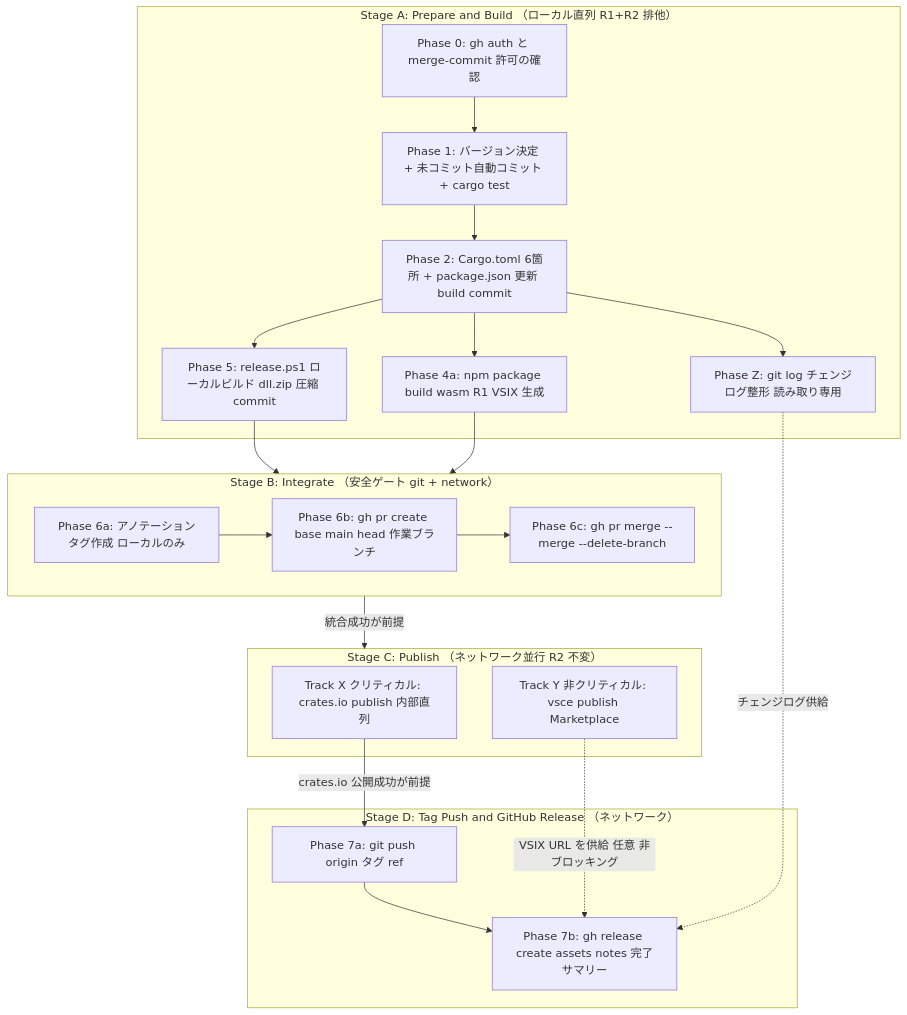
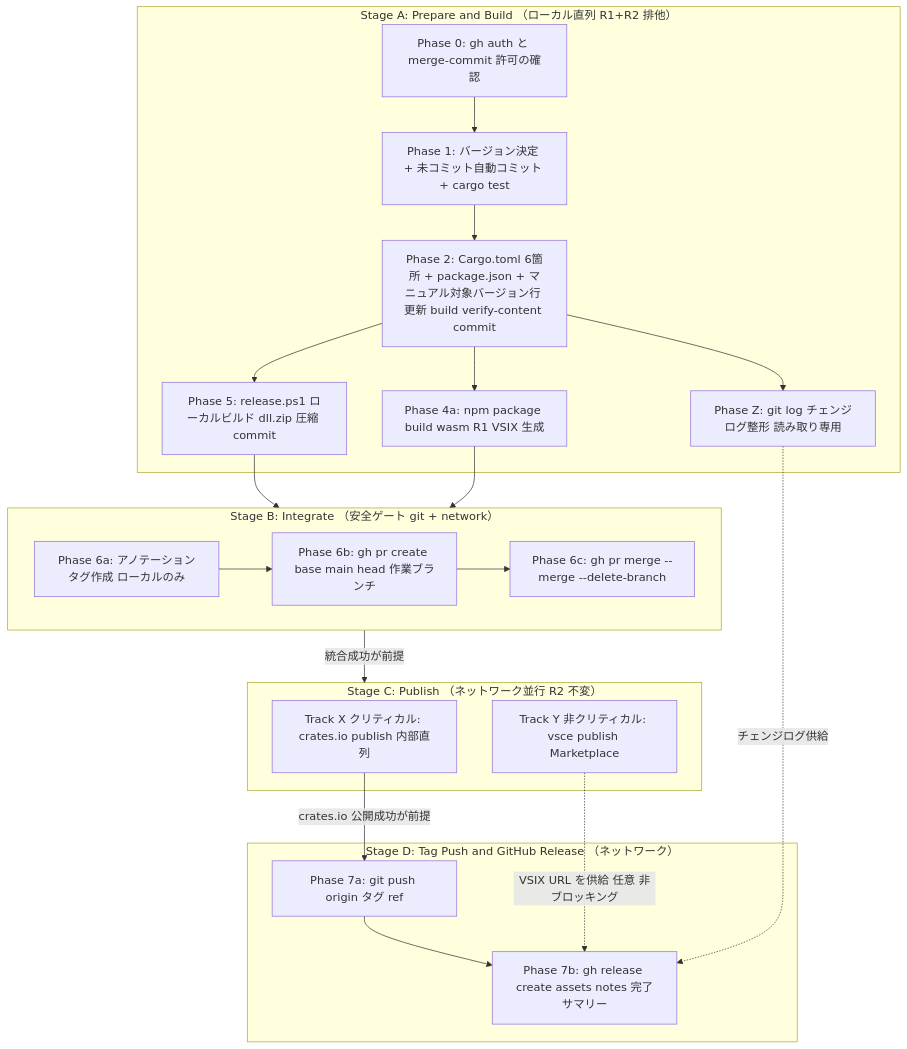
Before and after one commit to ekicyou/pasta: the first of 3 diagrams in .kiro/specs/release-workflow/design.md, drawn with Mermaid. The commit also changed other lines of this file and 6 other files, not shown here.

````diff
--- a/.kiro/specs/release-workflow/design.md
+++ b/.kiro/specs/release-workflow/design.md
@@ -122,40 +127,40 @@
 ```mermaid
 graph TB
     subgraph StageA ["Stage A: Prepare and Build （ローカル直列 R1+R2 排他）"]
         A0[Phase 0: gh auth と merge-commit 許可の確認]
         A1[Phase 1: バージョン決定 + 未コミット自動コミット + cargo test]
-        A2[Phase 2: Cargo.toml 6箇所 + package.json 更新 build commit]
+        A2[Phase 2: Cargo.toml 6箇所 + package.json + マニュアル対象バージョン行 更新 build verify-content commit]
         A3[Phase 5: release.ps1 ローカルビルド dll.zip 圧縮 commit]
         A4[Phase 4a: npm package build wasm R1 VSIX 生成]
         AZ[Phase Z: git log チェンジログ整形 読み取り専用]
         A0 --> A1 --> A2
         A2 --> A3
         A2 --> A4
         A2 --> AZ
     end
 
     subgraph StageB ["Stage B: Integrate （安全ゲート git + network）"]
         B1[Phase 6a: アノテーションタグ作成 ローカルのみ]
         B2[Phase 6b: gh pr create base main head 作業ブランチ]
         B3[Phase 6c: gh pr merge --merge --delete-branch]
         B1 --> B2 --> B3
     end
 
     subgraph StageC ["Stage C: Publish （ネットワーク並行 R2 不変）"]
         CX[Track X クリティカル: crates.io publish 内部直列]
         CY[Track Y 非クリティカル: vsce publish Marketplace]
     end
 
     subgraph StageD ["Stage D: Tag Push and GitHub Release （ネットワーク）"]
         D0[Phase 7a: git push origin タグ ref]
         D1[Phase 7b: gh release create assets notes 完了サマリー]
         D0 --> D1
     end
 
     A3 --> StageB
     A4 --> StageB
     AZ -.->|チェンジログ供給| D1
     StageB -->|統合成功が前提| StageC
     CX -->|crates.io 公開成功が前提| D0
     CY -.->|VSIX URL を供給 任意 非ブロッキング| D1
 ```
````
